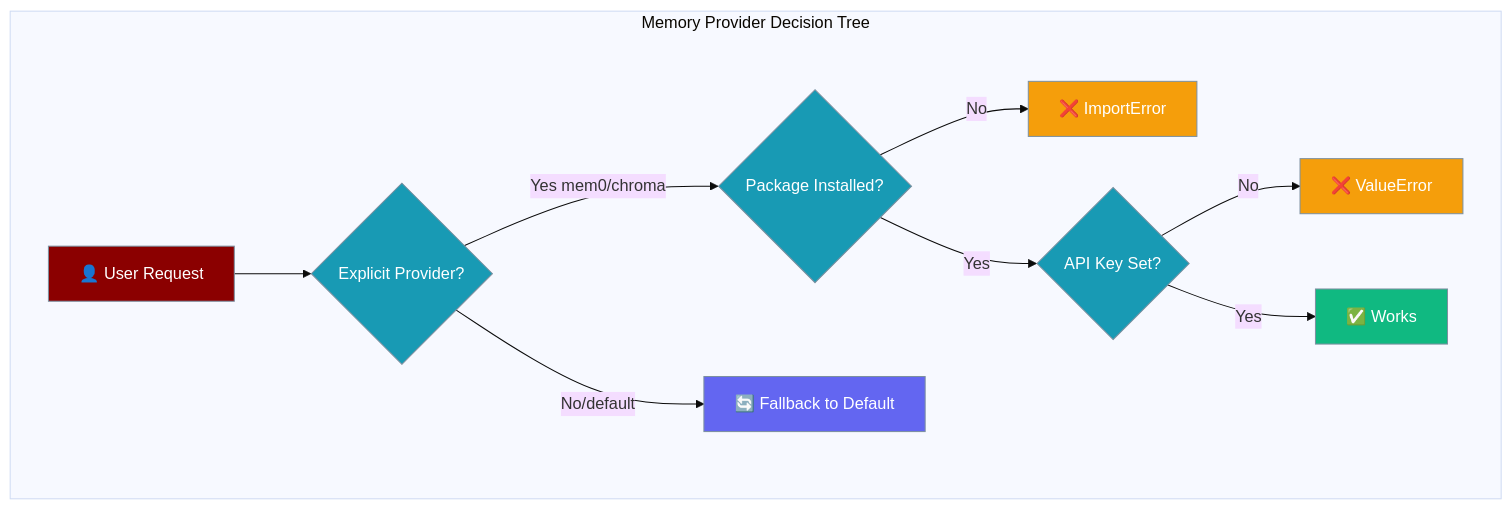
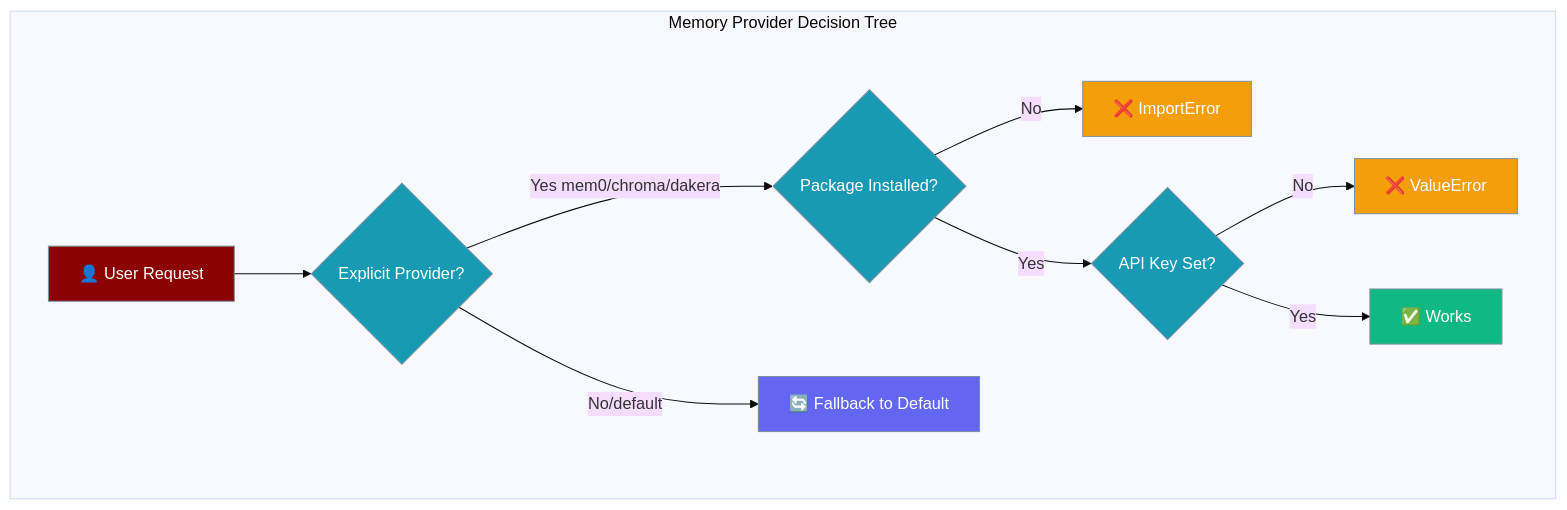
The first of 2 diagrams in docs/features/memory-troubleshooting.mdx (MervinPraison/PraisonAIDocs), drawn with Mermaid (base theme) before and after one commit. The commit also changed other lines of this file and 8 other files, not shown here.

````diff
--- a/docs/features/memory-troubleshooting.mdx
+++ b/docs/features/memory-troubleshooting.mdx
@@ -23,33 +23,33 @@
 ```mermaid
 graph TB
     subgraph "Memory Provider Decision Tree"
         START[👤 User Request]
         EXPLICIT{Explicit Provider?}
         INSTALLED{Package Installed?}
         APIKEY{API Key Set?}
         WORKS[✅ Works]
         IMPORT[❌ ImportError]
         VALUE[❌ ValueError]
         FALLBACK[🔄 Fallback to Default]
     end
     
     START --> EXPLICIT
-    EXPLICIT -->|Yes mem0/chroma| INSTALLED
+    EXPLICIT -->|Yes mem0/chroma/dakera| INSTALLED
     EXPLICIT -->|No/default| FALLBACK
     INSTALLED -->|No| IMPORT
     INSTALLED -->|Yes| APIKEY
     APIKEY -->|No| VALUE
     APIKEY -->|Yes| WORKS
     
     classDef start fill:#8B0000,stroke:#7C90A0,color:#fff
     classDef decision fill:#189AB4,stroke:#7C90A0,color:#fff
     classDef success fill:#10B981,stroke:#7C90A0,color:#fff
     classDef error fill:#F59E0B,stroke:#7C90A0,color:#fff
     classDef fallback fill:#6366F1,stroke:#7C90A0,color:#fff
     
     class START start
     class EXPLICIT,INSTALLED,APIKEY decision
     class WORKS success
     class IMPORT,VALUE error
     class FALLBACK fallback
 ```
````
